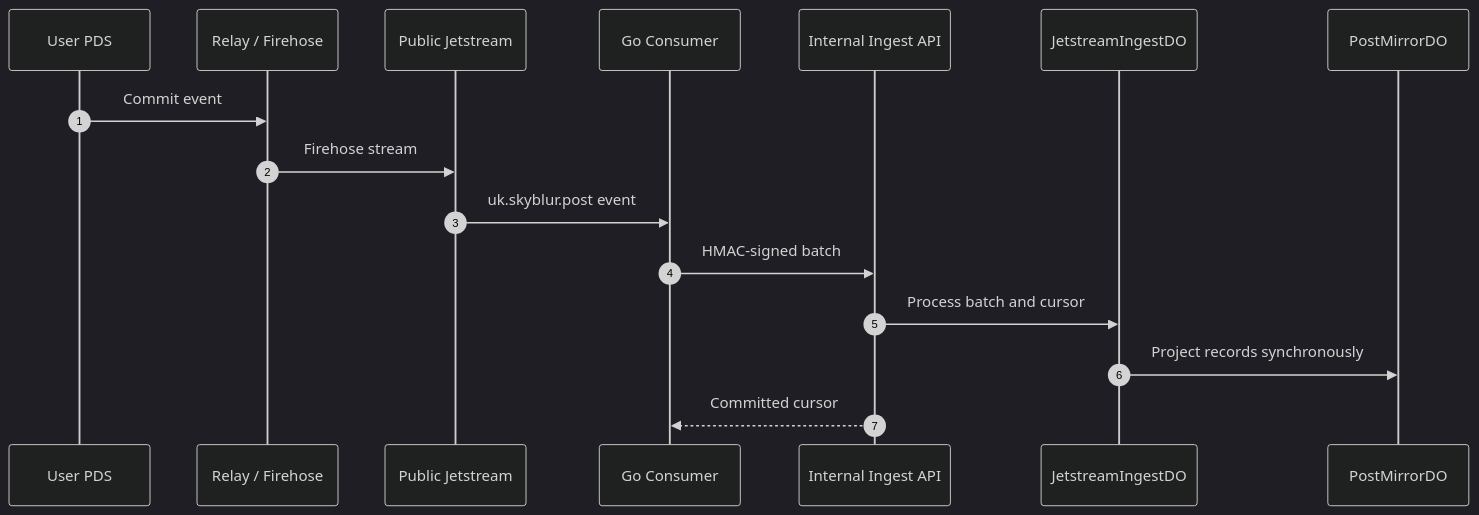
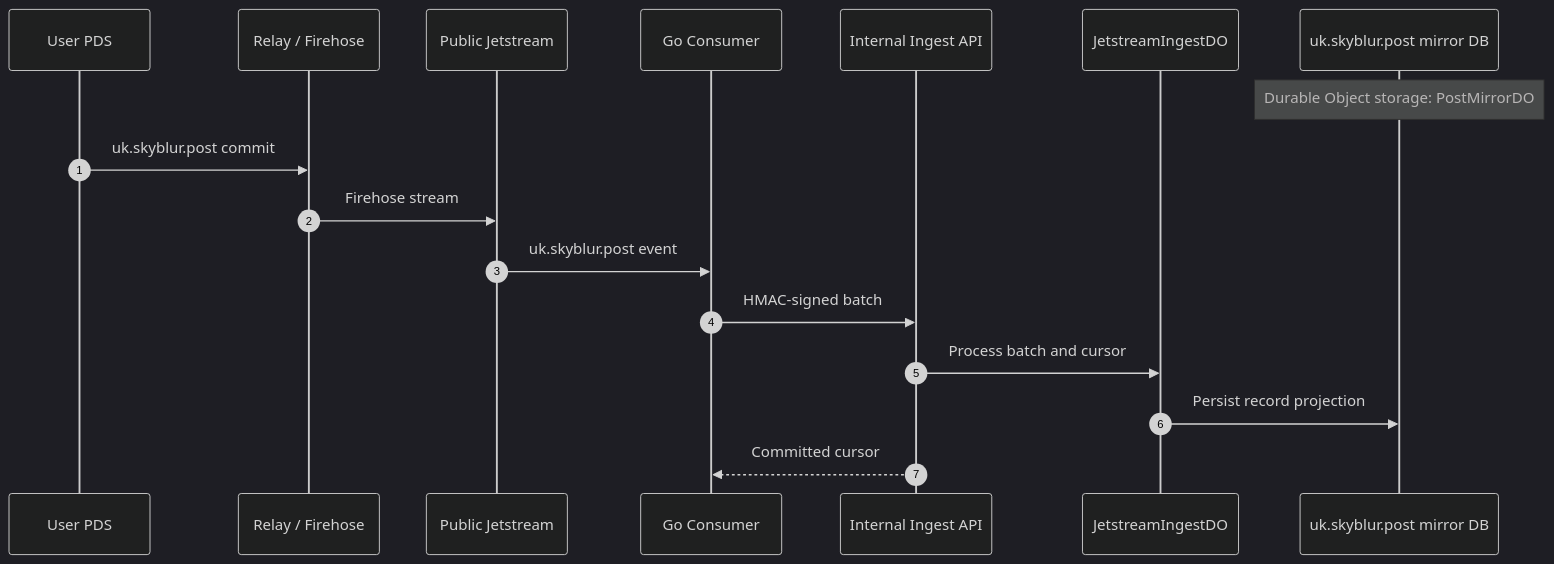
One commit to usounds/Skyblur changed the fourth of 4 diagrams in README.md. Above: the diagram before and after it, drawn with Mermaid (dark theme). The commit also changed other lines of this file, not shown here.

````diff
--- a/README.md
+++ b/README.md
@@ -99,19 +108,20 @@
 ```mermaid
 sequenceDiagram
     autonumber
     participant PDS as User PDS
     participant Relay as Relay / Firehose
     participant Jetstream as Public Jetstream
     participant Consumer as Go Consumer
     participant API as Internal Ingest API
     participant Ingest as JetstreamIngestDO
-    participant Mirror as PostMirrorDO
+    participant MirrorDB as uk.skyblur.post mirror DB
 
-    PDS->>Relay: Commit event
+    Note over MirrorDB: Durable Object storage: PostMirrorDO
+    PDS->>Relay: uk.skyblur.post commit
     Relay->>Jetstream: Firehose stream
     Jetstream->>Consumer: uk.skyblur.post event
     Consumer->>API: HMAC-signed batch
     API->>Ingest: Process batch and cursor
-    Ingest->>Mirror: Project records synchronously
+    Ingest->>MirrorDB: Persist record projection
     API-->>Consumer: Committed cursor
 ```
````
